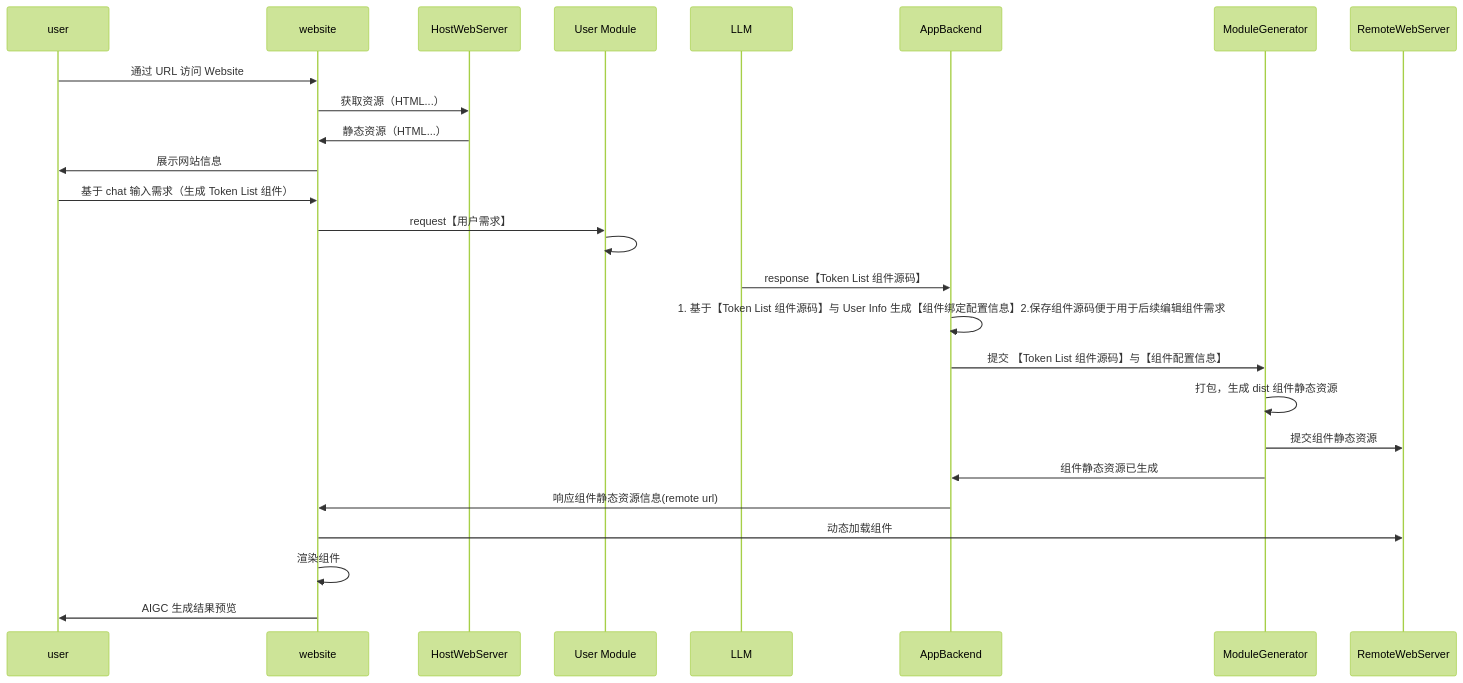
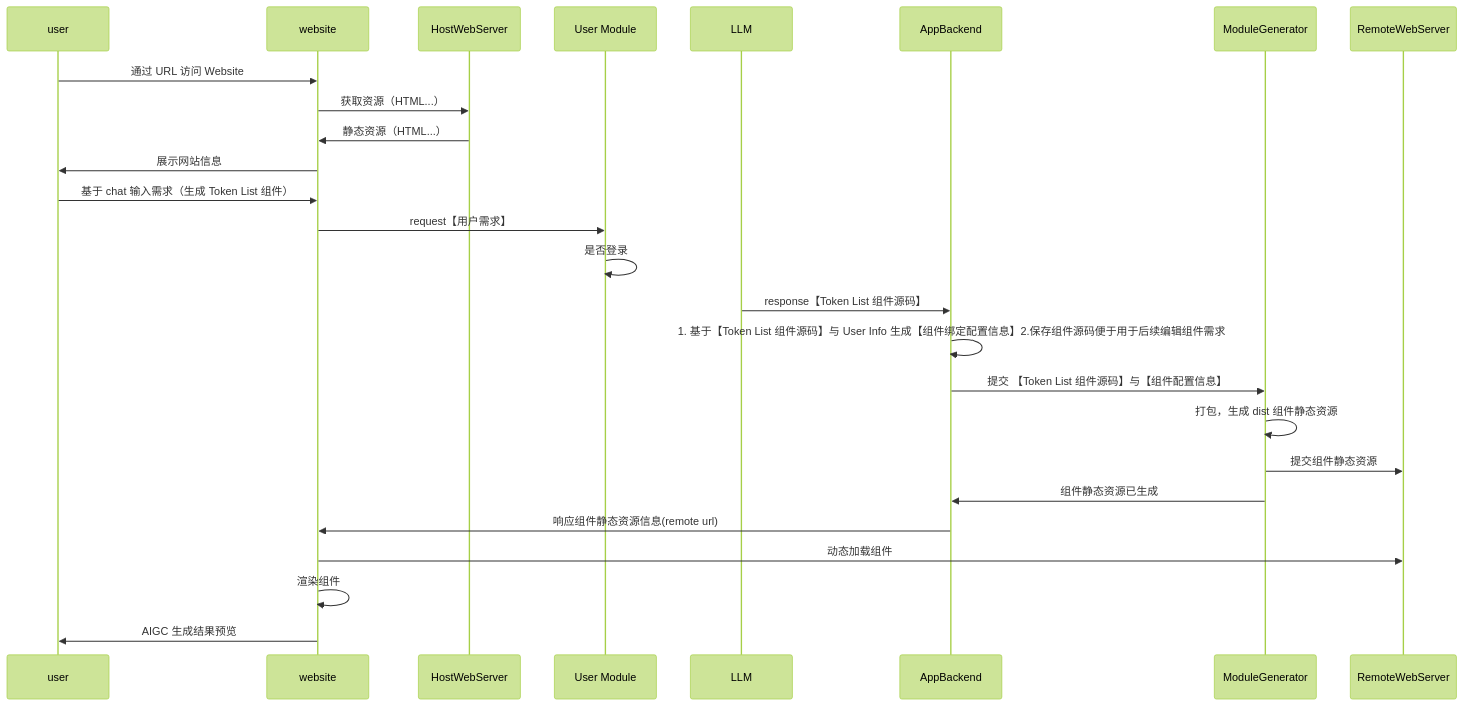
The diagram in all/未命名-7.md (yingjianzh/iodraw-files), drawn with Mermaid (forest theme) before and after one commit.

Commit message:
2024-10-08 15:31:30 update

````diff
--- a/all/未命名-7.md
+++ b/all/未命名-7.md
@@ -1,20 +1,20 @@
 ```mermaid
 sequenceDiagram
     user ->> website: 通过 URL 访问 Website
 	website ->> HostWebServer: 获取资源（HTML...）
 	HostWebServer ->> website: 静态资源（HTML...）
 	website ->> user: 展示网站信息
 	user ->> website: 基于 chat 输入需求（生成 Token List 组件）
 	website ->> User Module: request【用户需求】
-	User Module ->> User Module: 
+	User Module ->> User Module: 是否登录
 	LLM ->> AppBackend: response【Token List 组件源码】
 	AppBackend ->> AppBackend: 1. 基于【Token List 组件源码】与 User Info 生成【组件绑定配置信息】2.保存组件源码便于用于后续编辑组件需求
 	AppBackend ->> ModuleGenerator: 提交 【Token List 组件源码】与【组件配置信息】
 	ModuleGenerator ->> ModuleGenerator: 打包，生成 dist 组件静态资源
 	ModuleGenerator ->> RemoteWebServer: 提交组件静态资源
 	ModuleGenerator ->> AppBackend: 组件静态资源已生成
 	AppBackend ->> website: 响应组件静态资源信息(remote url)
 	website ->> RemoteWebServer: 动态加载组件
 	website ->> website: 渲染组件
 	website ->> user: AIGC 生成结果预览
 ```
````
